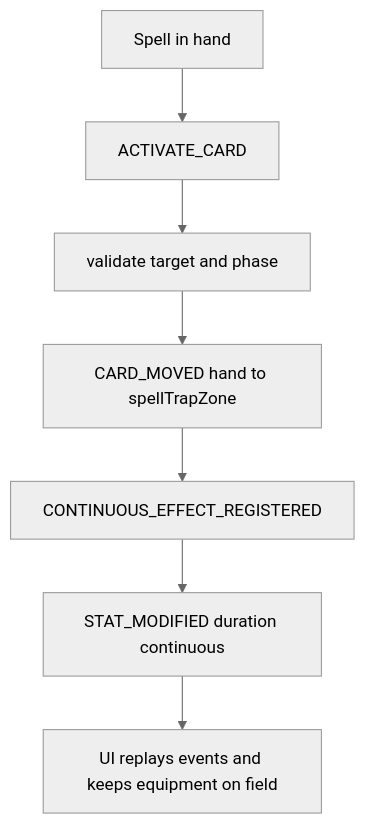
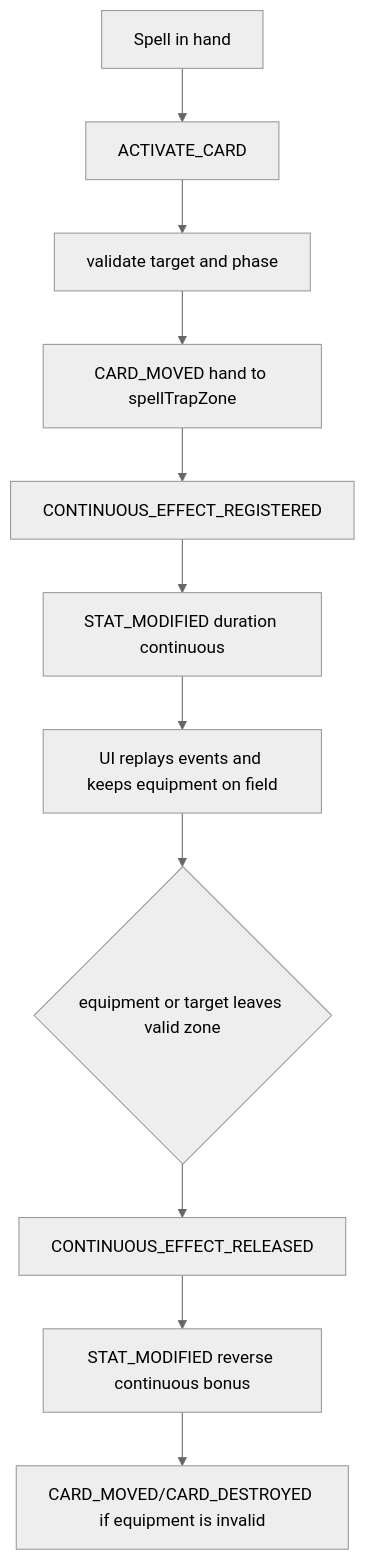
One commit to ssssaaa111/play_card_game changed diagram 11 of 12 in GAME_FLOW.md. Above: the diagram before and after it, drawn with Mermaid (neutral theme). The commit also changed other lines of this file and 4 other files, not shown here.

Commit message:
Add equipment release feedback

````diff
--- a/GAME_FLOW.md
+++ b/GAME_FLOW.md
@@ -281,9 +281,13 @@
 ```mermaid
 flowchart TD
     Hand[Spell in hand] --> Activate[ACTIVATE_CARD]
     Activate --> Validate[validate target and phase]
     Validate --> Move[CARD_MOVED hand to spellTrapZone]
     Move --> Register[CONTINUOUS_EFFECT_REGISTERED]
     Register --> Stats[STAT_MODIFIED duration continuous]
     Stats --> UI[UI replays events and keeps equipment on field]
+    UI --> Leaving{equipment or target leaves valid zone}
+    Leaving --> Release[CONTINUOUS_EFFECT_RELEASED]
+    Release --> Revert[STAT_MODIFIED reverse continuous bonus]
+    Revert --> Cleanup[CARD_MOVED/CARD_DESTROYED if equipment is invalid]
 ```
````
